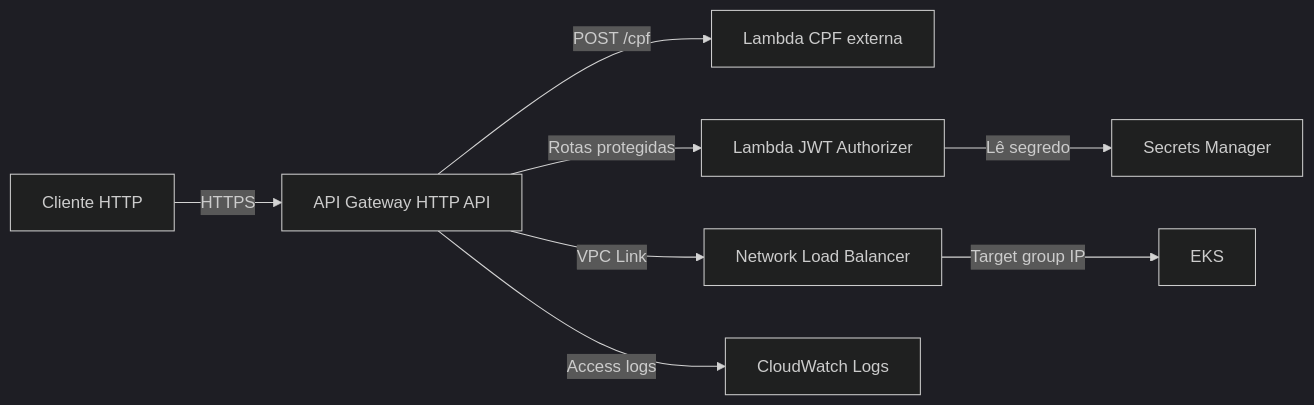
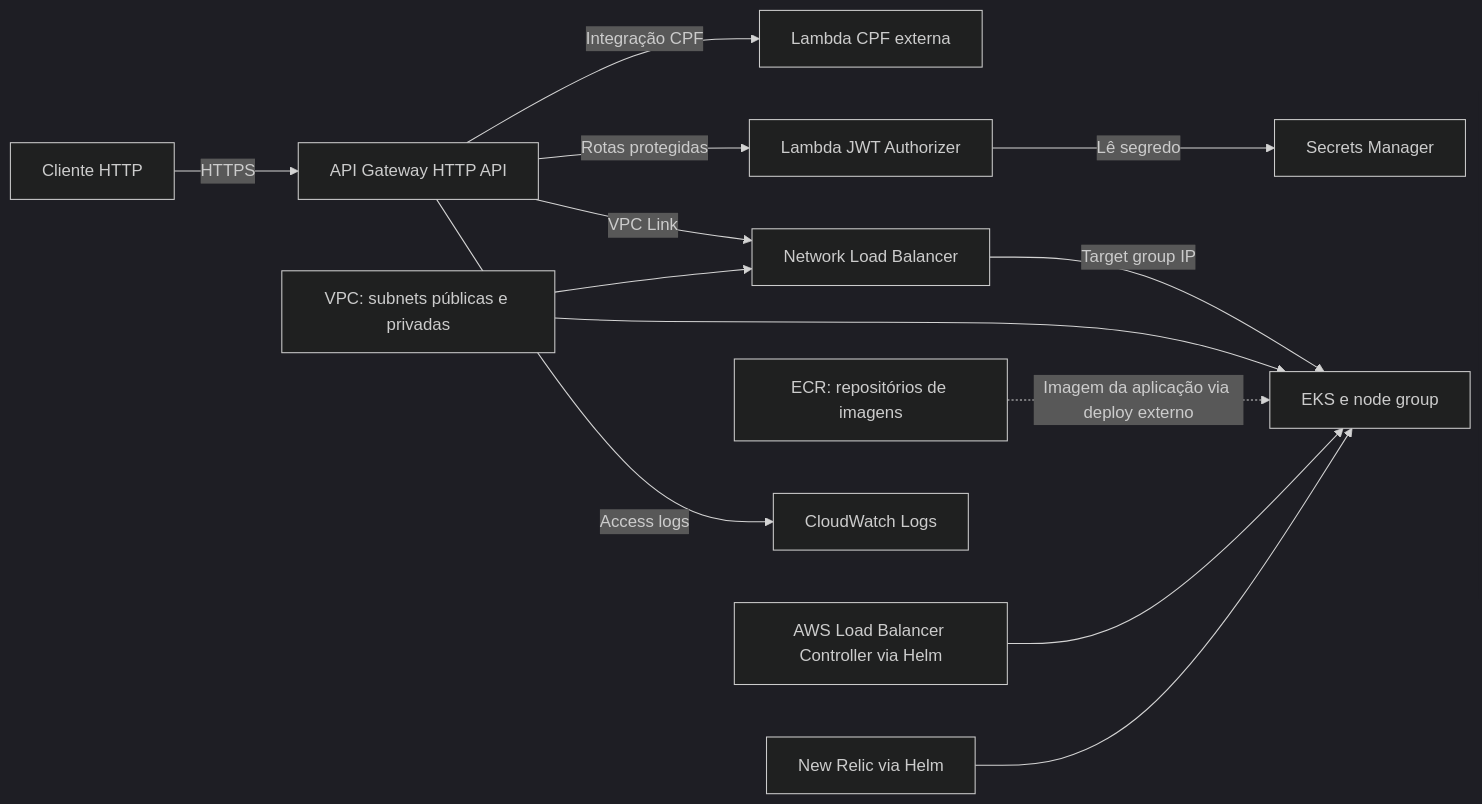
One commit to douradorobert-pos-fiap-project/shared-infra changed the diagram in README.md. Above: the diagram before and after it, drawn with Mermaid (dark theme). The commit also changed other lines of this file and 16 other files, not shown here.

````diff
--- a/README.md
+++ b/README.md
@@ -11,10 +11,15 @@
 ```mermaid
 flowchart LR
     client[Cliente HTTP] -->|HTTPS| api[API Gateway HTTP API]
-    api -->|POST /cpf| cpf[Lambda CPF externa]
+    api -->|Integração CPF| cpf[Lambda CPF externa]
     api -->|Rotas protegidas| authorizer[Lambda JWT Authorizer]
     authorizer -->|Lê segredo| secret[Secrets Manager]
     api -->|VPC Link| nlb[Network Load Balancer]
-    nlb -->|Target group IP| app[EKS]
+    nlb -->|Target group IP| eks[EKS e node group]
+    vpc[VPC: subnets públicas e privadas] --> eks
+    vpc --> nlb
+    ecr[ECR: repositórios de imagens] -.->|Imagem da aplicação via deploy externo| eks
+    controller[AWS Load Balancer Controller via Helm] --> eks
     api -->|Access logs| logs[CloudWatch Logs]
+    newrelic[New Relic via Helm] --> eks
 ```
````
